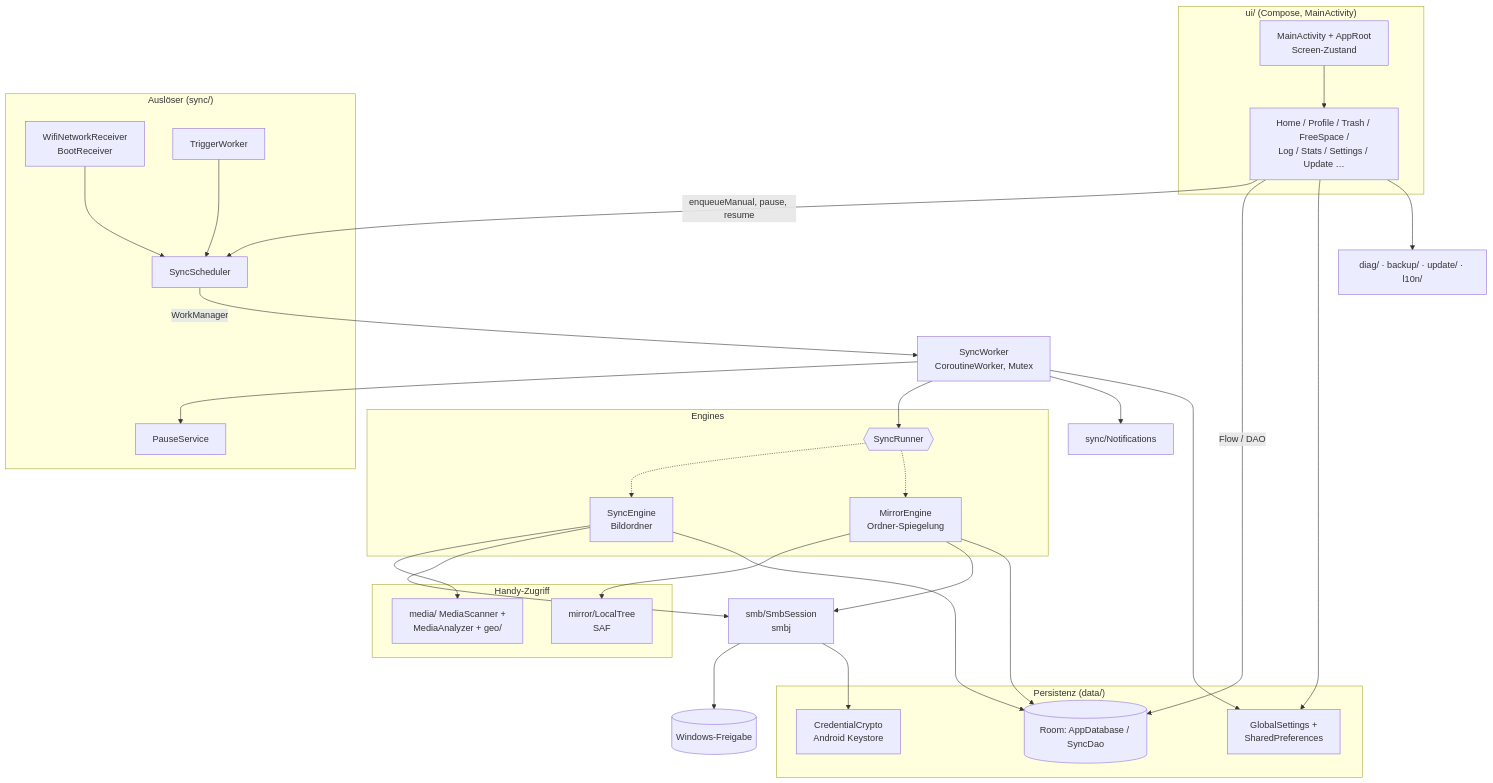
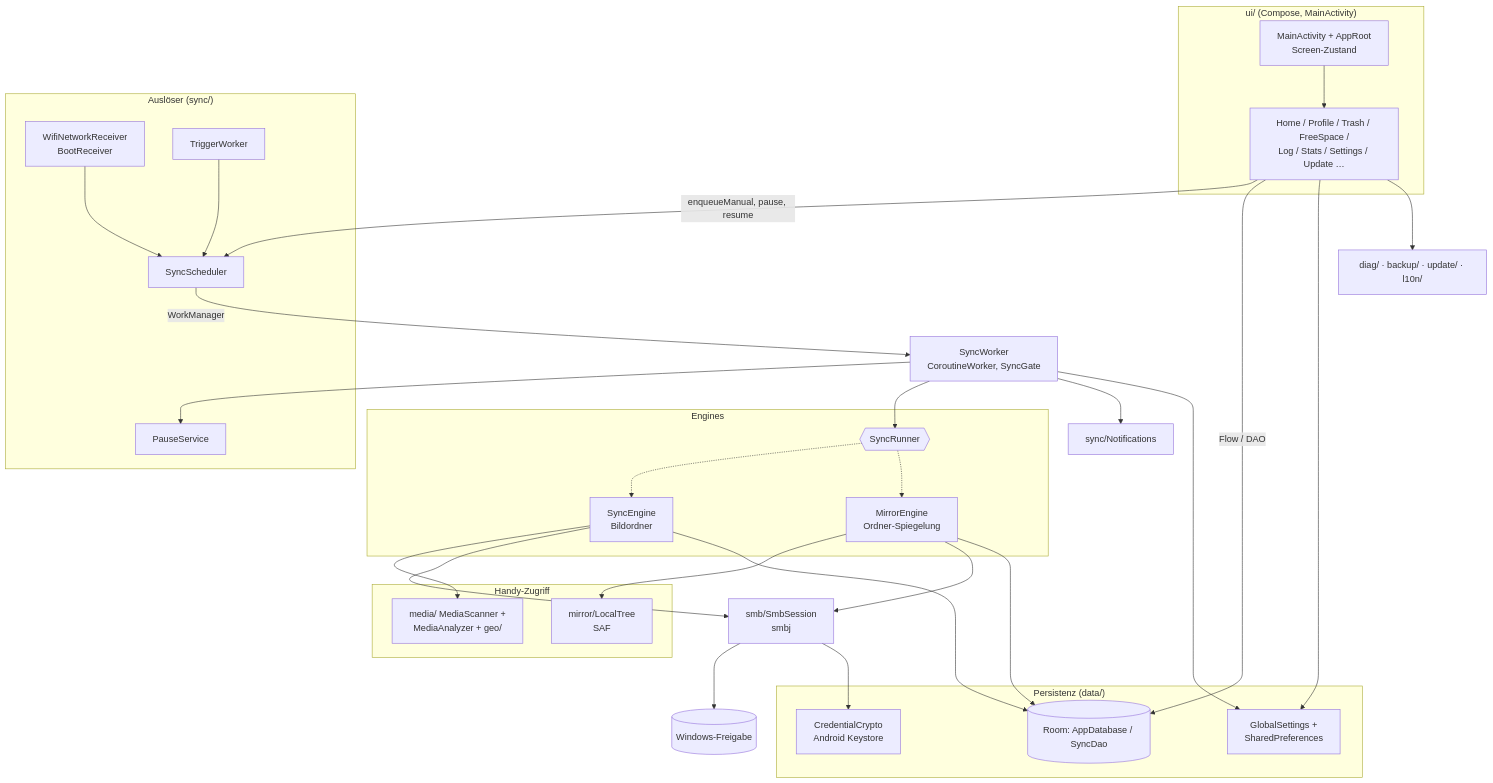
The first of 2 diagrams in docs/ARCHITECTURE.md (Apop85/Sync2PC), drawn with Mermaid before and after one commit. The commit also changed other lines of this file and 181 other files, not shown here.

````diff
--- a/docs/ARCHITECTURE.md
+++ b/docs/ARCHITECTURE.md
@@ -30,62 +30,62 @@
 ```mermaid
 flowchart TD
     subgraph UI["ui/ (Compose, MainActivity)"]
         Main[MainActivity + AppRoot<br/>Screen-Zustand]
         Screens[Home / Profile / Trash / FreeSpace /<br/>Log / Stats / Settings / Update …]
     end
 
     subgraph Trigger["Auslöser (sync/)"]
         Sched[SyncScheduler]
         Recv[WifiNetworkReceiver<br/>BootReceiver]
         TW[TriggerWorker]
         Pause[PauseService]
     end
 
-    SW[SyncWorker<br/>CoroutineWorker, Mutex]
+    SW[SyncWorker<br/>CoroutineWorker, SyncGate]
 
     subgraph Engines
         SR{{SyncRunner}}
         SE[SyncEngine<br/>Bildordner]
         ME[MirrorEngine<br/>Ordner-Spiegelung]
     end
 
     subgraph Handy["Handy-Zugriff"]
         MS[media/ MediaScanner +<br/>MediaAnalyzer + geo/]
         LT[mirror/LocalTree<br/>SAF]
     end
 
     SMB[smb/SmbSession<br/>smbj]
     PC[(Windows-Freigabe)]
 
     subgraph Persist["Persistenz (data/)"]
         Room[(Room: AppDatabase / SyncDao)]
         GS[GlobalSettings +<br/>SharedPreferences]
         Cred[CredentialCrypto<br/>Android Keystore]
     end
 
     Notif[sync/Notifications]
     Misc[diag/ · backup/ · update/ · l10n/]
 
     Main --> Screens
     Screens -->|enqueueManual, pause, resume| Sched
     Screens -->|Flow / DAO| Room
     Screens --> GS
     Recv --> Sched
     TW --> Sched
     Sched -->|WorkManager| SW
     SW --> SR
     SR -.-> SE
     SR -.-> ME
     SE --> MS
     ME --> LT
     SE --> SMB
     ME --> SMB
     SMB --> PC
     SE --> Room
     ME --> Room
     SMB --> Cred
     SW --> Notif
     SW --> Pause
     SW --> GS
     Screens --> Misc
 ```
````
